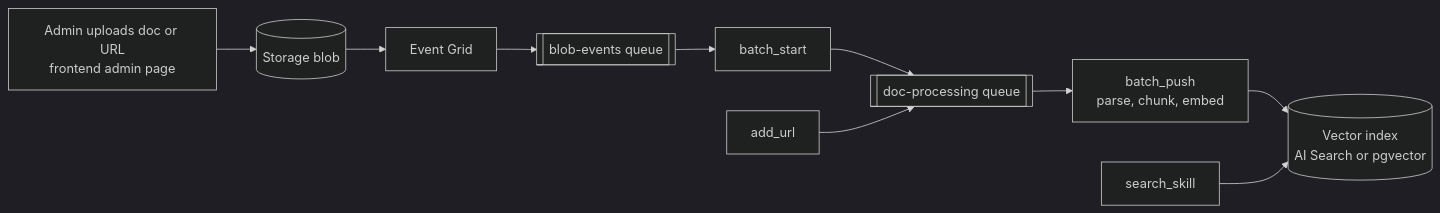
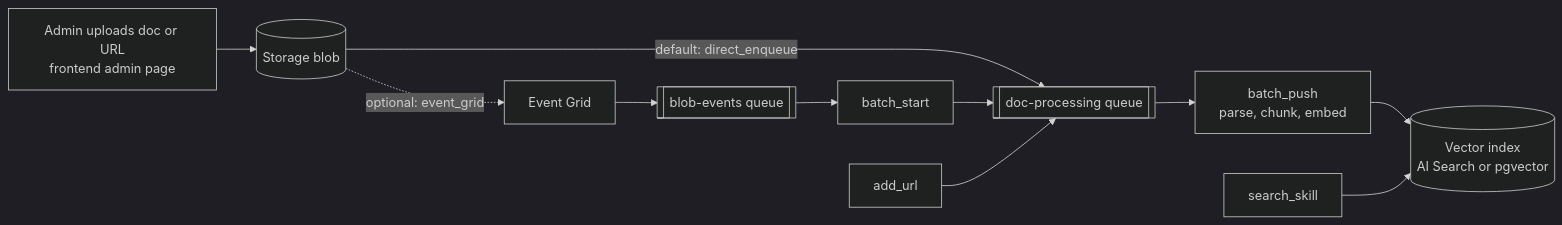
One commit to PadhiAjit-Microsoft/chat-with-your-data-solution-accelerator changed the diagram in docs/document_ingestion.md. Above: the diagram before and after it, drawn with Mermaid (dark theme). The commit also changed other lines of this file and 19 other files, not shown here.

````diff
--- a/docs/document_ingestion.md
+++ b/docs/document_ingestion.md
@@ -18,10 +18,11 @@
 ```mermaid
 flowchart LR
   UP[Admin uploads doc or URL<br/>frontend admin page] --> BLOB[(Storage blob)]
-  BLOB --> EG[Event Grid] --> Q1[[blob-events queue]]
-  Q1 --> BS[batch_start] --> Q2[[doc-processing queue]]
+  BLOB -->|default: direct_enqueue| Q2[[doc-processing queue]]
+  BLOB -.optional: event_grid.-> EG[Event Grid] --> Q1[[blob-events queue]]
+  Q1 --> BS[batch_start] --> Q2
   ADDURL[add_url] --> Q2
   Q2 --> BP[batch_push<br/>parse, chunk, embed]
   BP --> IDX[(Vector index<br/>AI Search or pgvector)]
   SS[search_skill] --> IDX
 ```
````
